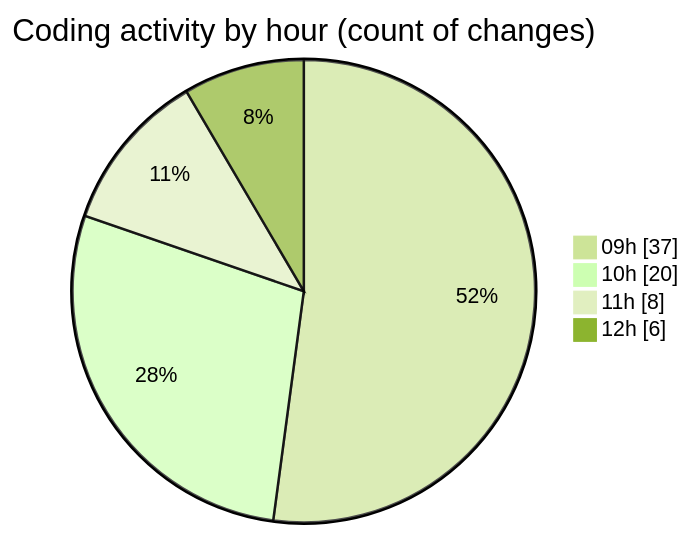
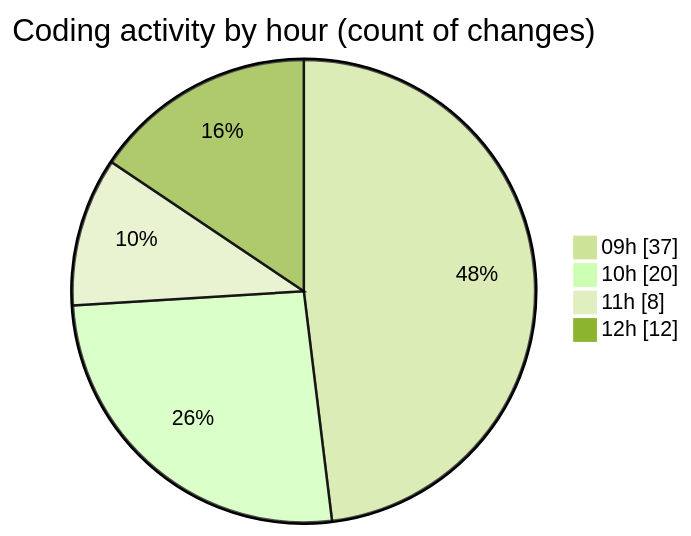
Before and after one commit to momahboobian/code-tracking: the second of 2 diagrams in 2026-05-08/cda/README.md, drawn with Mermaid (forest theme). The commit also changed other lines of this file and 1 other file, not shown here.

````diff
--- a/2026-05-08/cda/README.md
+++ b/2026-05-08/cda/README.md
@@ -51,8 +51,8 @@
 ```mermaid
 pie showData
 title Coding activity by hour (count of changes)
 "09h" : 37
 "10h" : 20
 "11h" : 8
-"12h" : 6
+"12h" : 12
 ```
````
